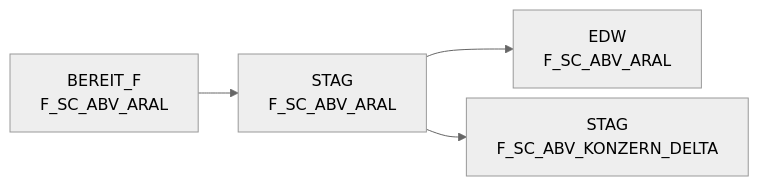
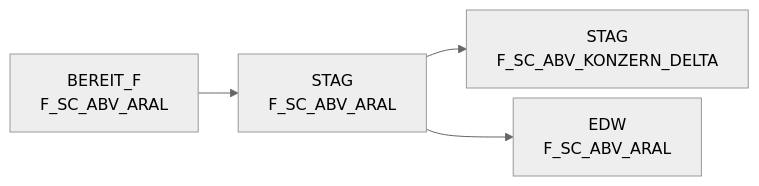
One commit to integration-factory-de/sas_code_docs changed the diagram in docs/Tables/STAG/F_SC_ABV_ARAL.md. Above: the diagram before and after it, drawn with Mermaid (neutral theme). The commit also changed other lines of this file and 129 other files, not shown here.

````diff
--- a/docs/Tables/STAG/F_SC_ABV_ARAL.md
+++ b/docs/Tables/STAG/F_SC_ABV_ARAL.md
@@ -9,15 +17,15 @@
 ```mermaid
 %%{init: {'flowchart': { 'nodeSpacing': 10, 'rankSpacing': 40, 'rankdir': 'TB' }}}%%
 
 flowchart LR
 
+  BEREIT_F.F_SC_ABV_ARAL["BEREIT_F<br/>F_SC_ABV_ARAL"] --> STAG.F_SC_ABV_ARAL["STAG<br/>F_SC_ABV_ARAL"]
+  STAG.F_SC_ABV_ARAL["STAG<br/>F_SC_ABV_ARAL"] --> STAG.F_SC_ABV_KONZERN_DELTA["STAG<br/>F_SC_ABV_KONZERN_DELTA"]
   STAG.F_SC_ABV_ARAL["STAG<br/>F_SC_ABV_ARAL"] --> EDW.F_SC_ABV_ARAL["EDW<br/>F_SC_ABV_ARAL"]
-  STAG.F_SC_ABV_ARAL["STAG<br/>F_SC_ABV_ARAL"] --> STAG.F_SC_ABV_KONZERN_DELTA["STAG<br/>F_SC_ABV_KONZERN_DELTA"]
-  BEREIT_F.F_SC_ABV_ARAL["BEREIT_F<br/>F_SC_ABV_ARAL"] --> STAG.F_SC_ABV_ARAL["STAG<br/>F_SC_ABV_ARAL"]
+  click BEREIT_F.F_SC_ABV_ARAL "../../tables/BEREIT_F/F_SC_ABV_ARAL"
   click STAG.F_SC_ABV_ARAL "../../tables/STAG/F_SC_ABV_ARAL"
   click STAG.F_SC_ABV_ARAL "../../tables/STAG/F_SC_ABV_ARAL"
-  click BEREIT_F.F_SC_ABV_ARAL "../../tables/BEREIT_F/F_SC_ABV_ARAL"
+  click STAG.F_SC_ABV_ARAL "../../tables/STAG/F_SC_ABV_ARAL"
+  click STAG.F_SC_ABV_KONZERN_DELTA "../../tables/STAG/F_SC_ABV_KONZERN_DELTA"
   click EDW.F_SC_ABV_ARAL "../../tables/EDW/F_SC_ABV_ARAL"
-  click STAG.F_SC_ABV_KONZERN_DELTA "../../tables/STAG/F_SC_ABV_KONZERN_DELTA"
-  click STAG.F_SC_ABV_ARAL "../../tables/STAG/F_SC_ABV_ARAL"
 ```
````
